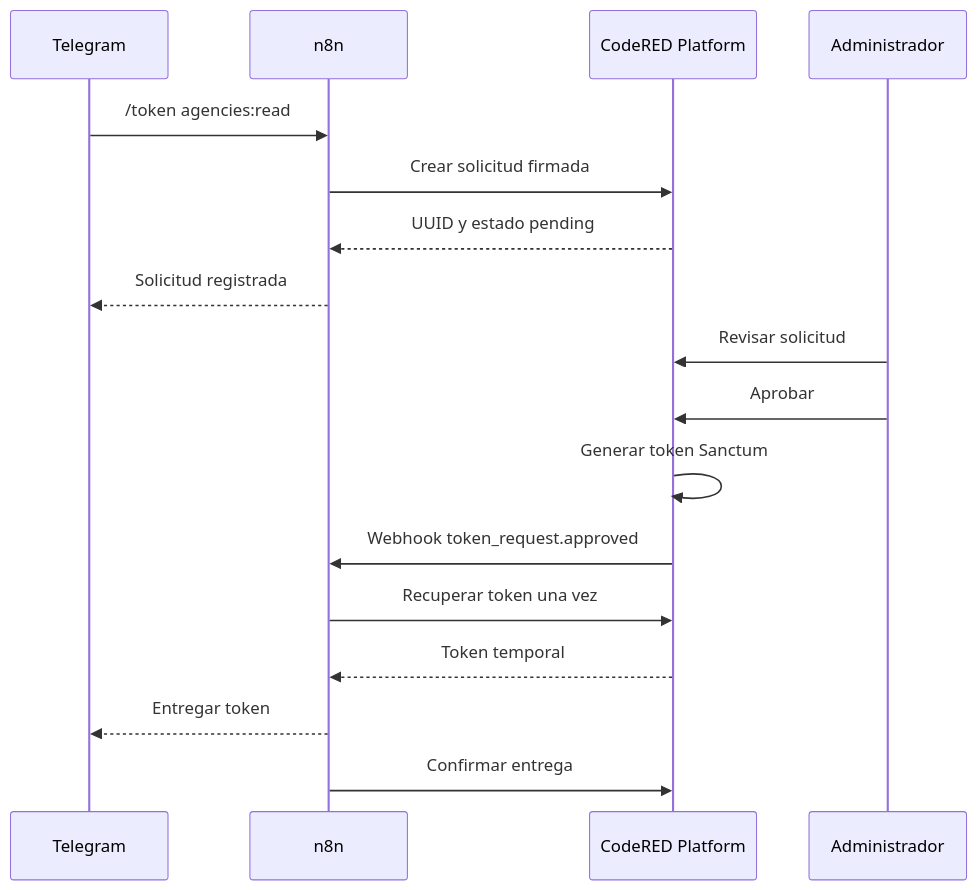
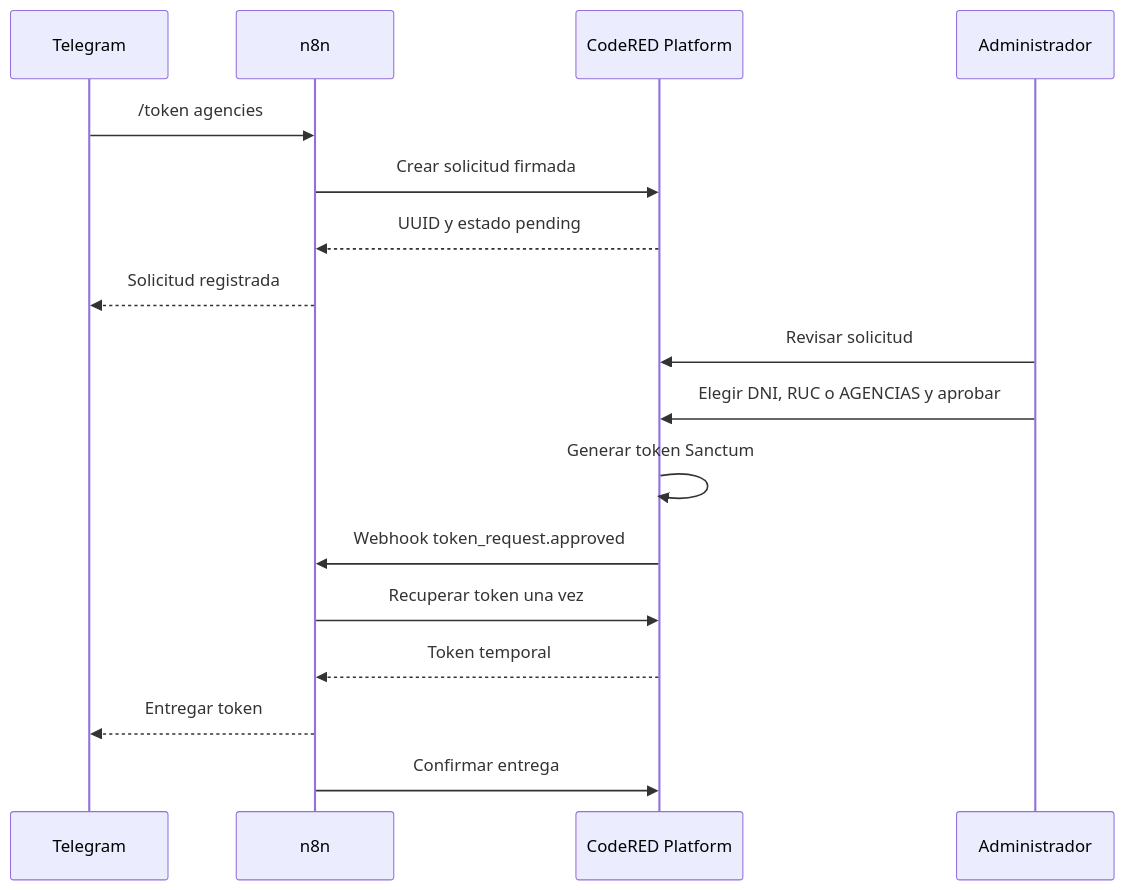
One commit to CodeRED-95/CodeRED-Platform changed the diagram in docs/integrations/n8n-telegram-token-requests.md. Above: the diagram before and after it, drawn with Mermaid. The commit also changed other lines of this file and 17 other files, not shown here.

````diff
--- a/docs/integrations/n8n-telegram-token-requests.md
+++ b/docs/integrations/n8n-telegram-token-requests.md
@@ -15,20 +15,20 @@
 ```mermaid
 sequenceDiagram
     participant T as Telegram
     participant N as n8n
     participant C as CodeRED Platform
     participant A as Administrador
 
-    T->>N: /token agencies:read
+    T->>N: /token agencies
     N->>C: Crear solicitud firmada
     C-->>N: UUID y estado pending
     N-->>T: Solicitud registrada
     A->>C: Revisar solicitud
-    A->>C: Aprobar
+    A->>C: Elegir DNI, RUC o AGENCIAS y aprobar
     C->>C: Generar token Sanctum
     C->>N: Webhook token_request.approved
     N->>C: Recuperar token una vez
     C-->>N: Token temporal
     N-->>T: Entregar token
     N->>C: Confirmar entrega
 ```
````
